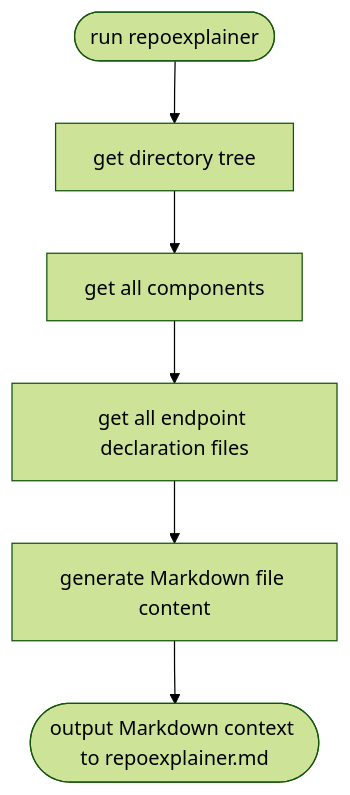
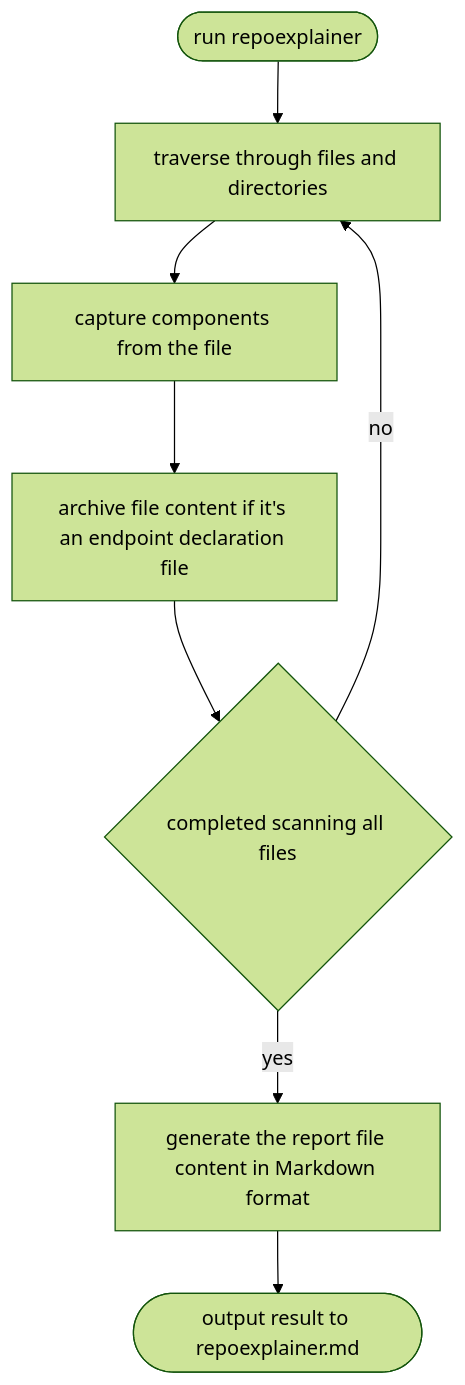
One commit to burwei/repoexplainer changed the diagram in README.md. Above: the diagram before and after it, drawn with Mermaid (forest theme). The commit also changed other lines of this file and 10 other files, not shown here.

````diff
--- a/README.md
+++ b/README.md
@@ -32,8 +28,10 @@
 ```mermaid
 flowchart TD
-    A(["run repoexplainer"]) --> B[get directory tree]
-    B --> C[get all components]
-    C --> D[get all endpoint declaration files]
-    D --> E[generate Markdown file content]
-    E --> F(["output Markdown context to repoexplainer.md"])
+    A(["run repoexplainer"]) --> B[traverse through files and directories]
+    B --> C[capture components from the file]
+    C --> D[archive file content if it's an endpoint declaration file]
+    D --> E{completed scanning all files}
+    E -->|no| B
+    E -->|yes| F[generate the report file content in Markdown format]
+    F --> G(["output result to repoexplainer.md"])
 ```
````
